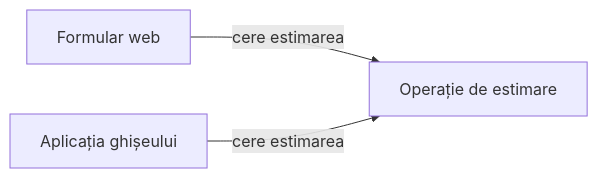
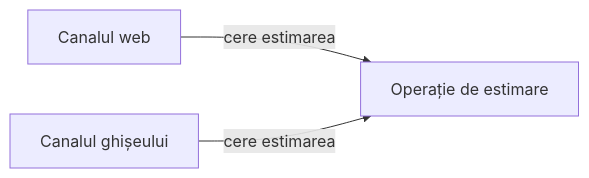
One commit to traiansf/traiansf.github.io changed the diagram in class/amss-2026/curs/05-responsabilitati.md. Above: the diagram before and after it, drawn with Mermaid. The commit also changed other lines of this file and 11 other files, not shown here.

````diff
--- a/class/amss-2026/curs/05-responsabilitati.md
+++ b/class/amss-2026/curs/05-responsabilitati.md
@@ -156,5 +158,5 @@
 ```mermaid
 flowchart LR
-  W[Formular web] -->|cere estimarea| E[Operație de estimare]
-  G[Aplicația ghișeului] -->|cere estimarea| E
+  W[Canalul web] -->|cere estimarea| E[Operație de estimare]
+  G[Canalul ghișeului] -->|cere estimarea| E
 ```
````
